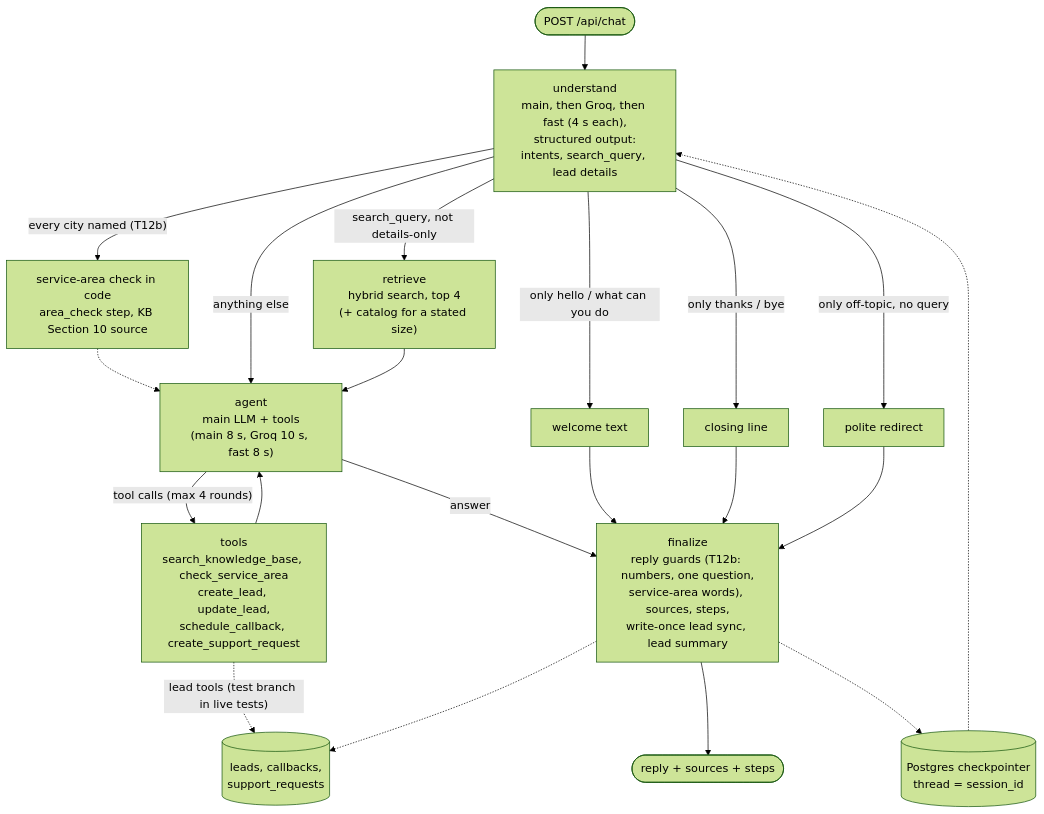
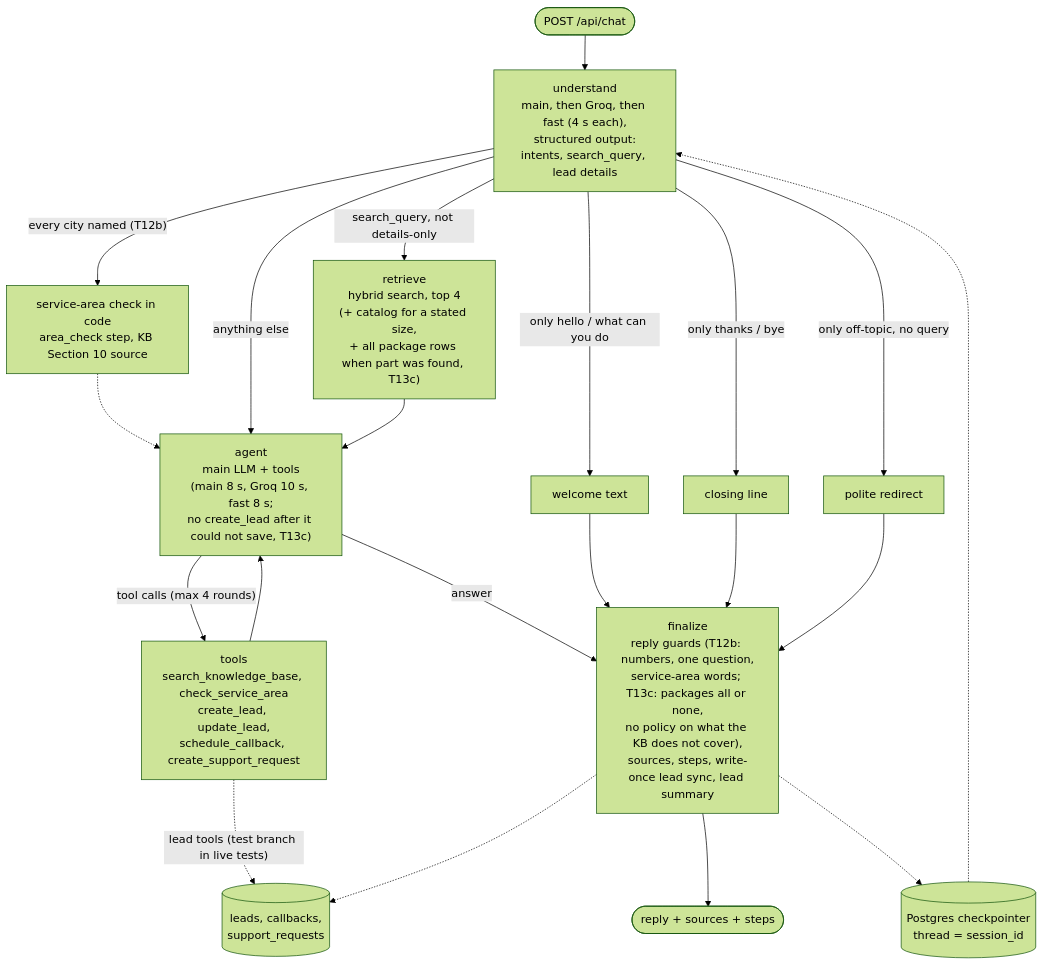
Before and after one commit to AdithyaChauhan/vantis-sales-agent: the eighth of 9 diagrams in docs/ARCHITECTURE.md, drawn with Mermaid (forest theme). The commit also changed other lines of this file and 27 other files, not shown here.

````diff
--- a/docs/ARCHITECTURE.md
+++ b/docs/ARCHITECTURE.md
@@ -154,23 +155,23 @@
 ```mermaid
 flowchart TD
   msg(["POST /api/chat"]) --> understand["understand<br/>main, then Groq, then fast (4 s each),<br/>structured output:<br/>intents, search_query, lead details"]
   understand -->|"only hello / what can you do"| welcome["welcome text"]
   understand -->|"only thanks / bye"| closing["closing line"]
   understand -->|"only off-topic, no query"| redirect["polite redirect"]
   understand -->|"every city named (T12b)"| areas["service-area check in code<br/>area_check step, KB Section 10 source"]
   areas -.-> agent
-  understand -->|"search_query, not details-only"| retrieve["retrieve<br/>hybrid search, top 4<br/>(+ catalog for a stated size)"]
+  understand -->|"search_query, not details-only"| retrieve["retrieve<br/>hybrid search, top 4<br/>(+ catalog for a stated size,<br/>+ all package rows when part was found, T13c)"]
   understand -->|"anything else"| agent
-  retrieve --> agent["agent<br/>main LLM + tools<br/>(main 8 s, Groq 10 s, fast 8 s)"]
+  retrieve --> agent["agent<br/>main LLM + tools<br/>(main 8 s, Groq 10 s, fast 8 s;<br/>no create_lead after it could not save, T13c)"]
   agent -->|"tool calls (max 4 rounds)"| tools["tools<br/>search_knowledge_base, check_service_area<br/>create_lead, update_lead,<br/>schedule_callback, create_support_request"]
   tools -.->|"lead tools (test branch in live tests)"| leadsdb[("leads, callbacks,<br/>support_requests")]
   tools --> agent
-  agent -->|"answer"| finalize["finalize<br/>reply guards (T12b: numbers, one question,<br/>service-area words), sources, steps,<br/>write-once lead sync, lead summary"]
+  agent -->|"answer"| finalize["finalize<br/>reply guards (T12b: numbers, one question,<br/>service-area words; T13c: packages all or none,<br/>no policy on what the KB does not cover),<br/>sources, steps, write-once lead sync, lead summary"]
   finalize -.-> leadsdb
   welcome --> finalize
   closing --> finalize
   redirect --> finalize
   finalize --> reply(["reply + sources + steps"])
   memory[("Postgres checkpointer<br/>thread = session_id")] -.-> understand
   finalize -.-> memory
 ```
````
